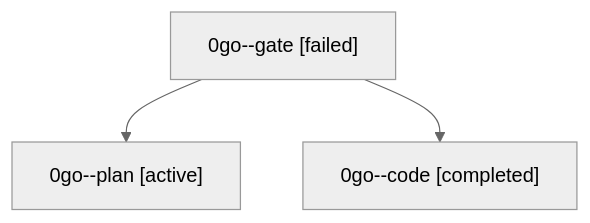
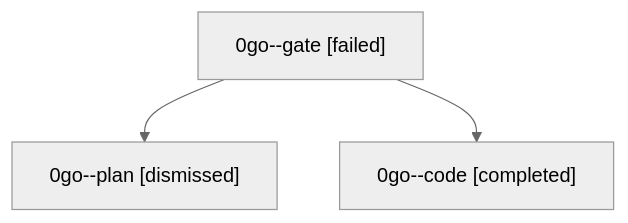
Before and after one commit to sase-org/sase--agents: the diagram in sessions/bbugyi200.athena.0go.md, drawn with Mermaid (neutral theme). The commit also changed other lines of this file and 28 other files, not shown here.

````diff
--- a/sessions/bbugyi200.athena.0go.md
+++ b/sessions/bbugyi200.athena.0go.md
@@ -9,8 +9,8 @@
 ```mermaid
 flowchart TD
   n0["0go--gate [failed]"]
-  n1["0go--plan [active]"]
+  n1["0go--plan [dismissed]"]
   n0 --> n1
   n2["0go--code [completed]"]
   n0 --> n2
 ```
````
